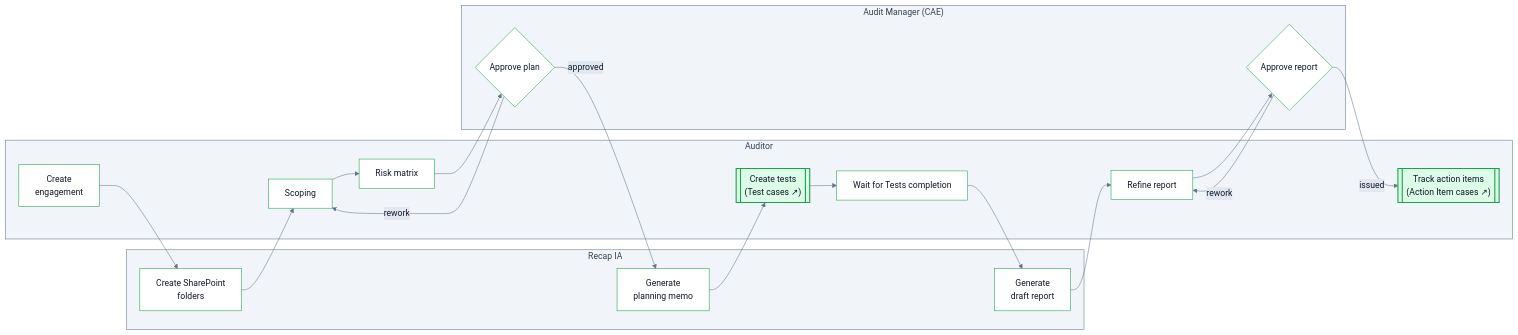
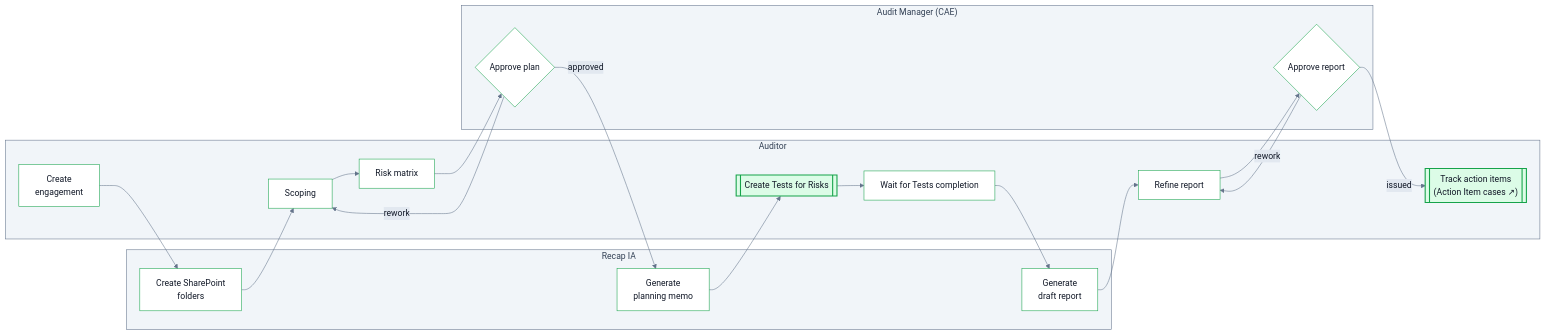
One commit to ArjunMash/docs changed the diagram in engagement.mdx. Above: the diagram before and after it, drawn with Mermaid. The commit also changed other lines of this file and 3 other files, not shown here.

````diff
--- a/engagement.mdx
+++ b/engagement.mdx
@@ -41,29 +14,29 @@
 ```mermaid
 %%{init: {"theme":"base","themeVariables":{"primaryColor":"#ffffff","primaryBorderColor":"#16a34a","primaryTextColor":"#111827","lineColor":"#64748b","clusterBkg":"#f1f5f9","clusterBorder":"#64748b","titleColor":"#334155","edgeLabelBackground":"#e2e8f0","fontFamily":"ui-sans-serif, system-ui, sans-serif"},"flowchart":{"curve":"basis"}}}%%
 flowchart LR
   subgraph SYS["Recap IA"]
     F["Create SharePoint<br/>folders"]
     PM["Generate<br/>planning memo"]
     RG["Generate<br/>draft report"]
   end
   subgraph AUD["Auditor"]
     CE["Create<br/>engagement"]
     SC["Scoping"]
     RM["Risk matrix"]
-    CT[["Create tests<br/>(Test cases ↗)"]]
+    CT[["Create Tests for Risks"]]
     TR["Wait for Tests completion"]
     AR["Refine report"]
     TI[["Track action items<br/>(Action Item cases ↗)"]]
   end
   subgraph CAE["Audit Manager (CAE)"]
     PA{"Approve plan"}
     RA{"Approve report"}
   end
   CE --> F --> SC --> RM --> PA
   PA -- "rework" --> SC
   PA -- "approved" --> PM --> CT --> TR --> RG --> AR --> RA
   RA -- "rework" --> AR
   RA -- "issued" --> TI
   classDef case fill:#dcfce7,stroke:#16a34a,stroke-width:2px;
   class CT,TI case
 ```
````
